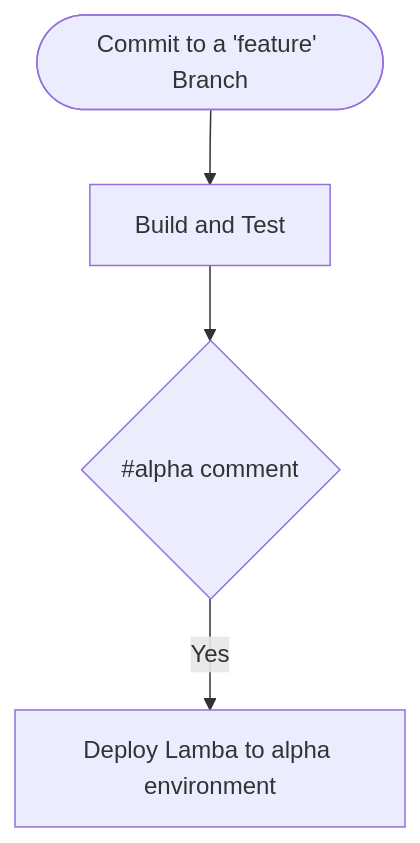
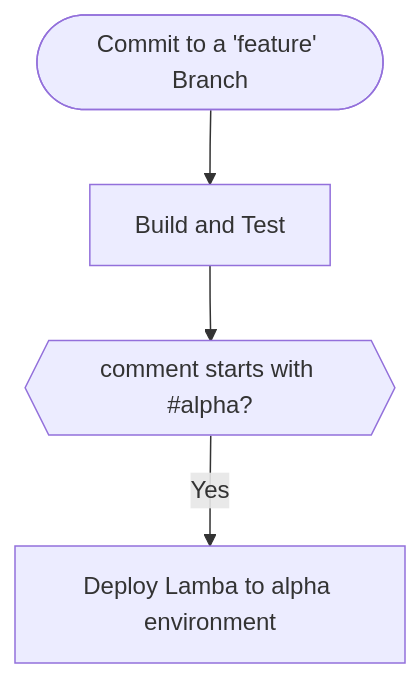
One commit to bogeorge/githubworkflow changed the first of 3 diagrams in .github/workflows/README.md. Above: the diagram before and after it, drawn with Mermaid. The commit also changed other lines of this file and 3 other files, not shown here.

````diff
--- a/.github/workflows/README.md
+++ b/.github/workflows/README.md
@@ -20,7 +20,7 @@
 ```mermaid
 graph TD;
     id1([Commit to a 'feature' Branch])
     -->id2[Build and Test]
-    -->id3{#alpha comment}
+    -->id3{{comment starts with #alpha?}}
     id3 -- Yes -->id5[Deploy Lamba to alpha environment]
 ```    
````
